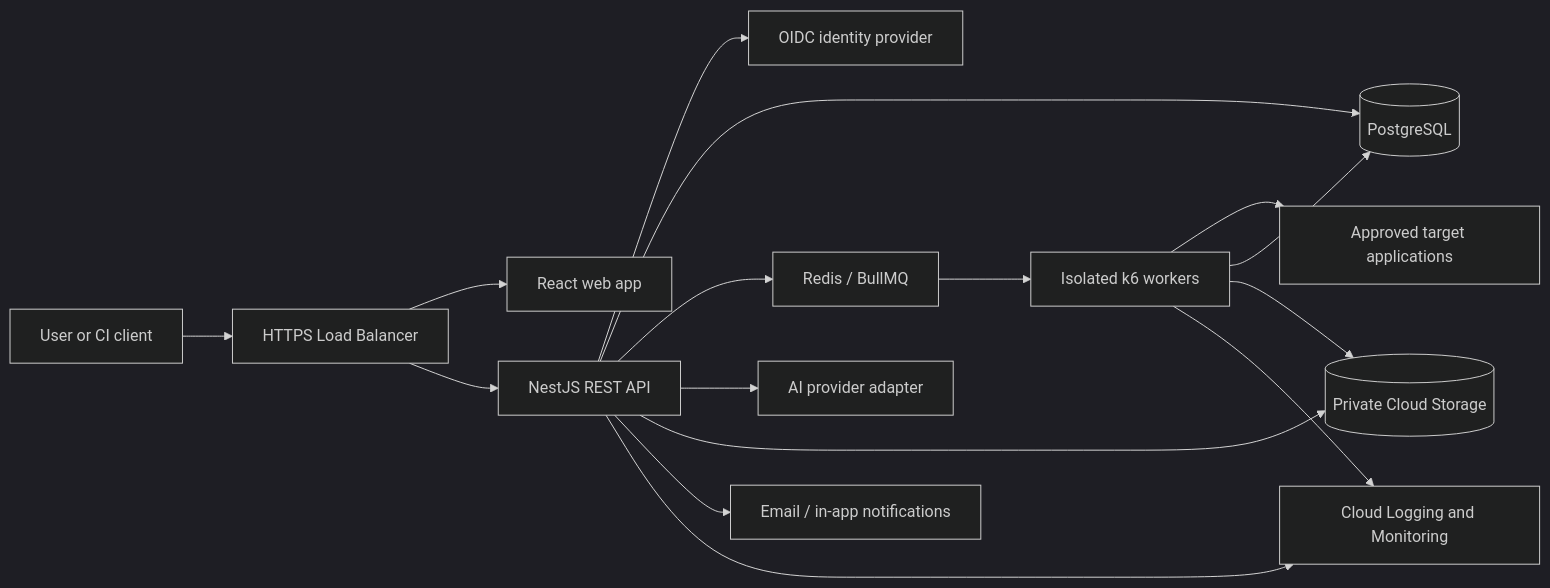
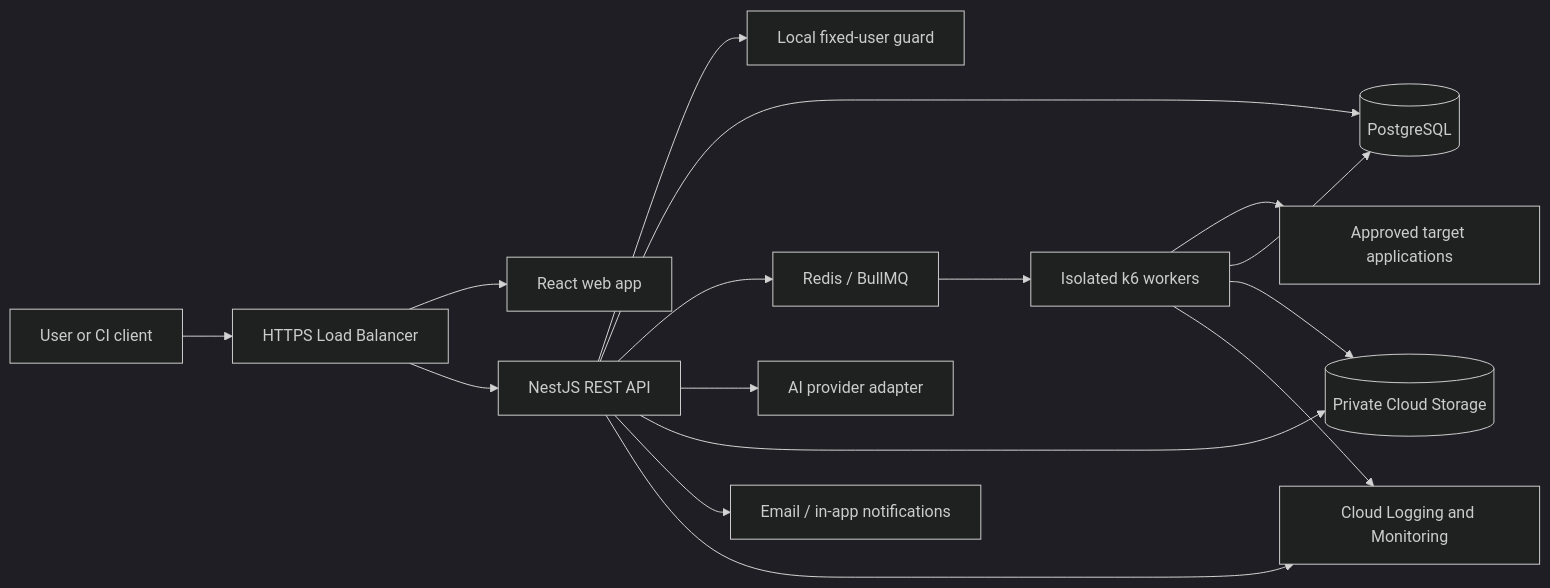
One commit to leeladhanabal/GenAIProject changed the first of 3 diagrams in Architecture.md. Above: the diagram before and after it, drawn with Mermaid (dark theme). The commit also changed other lines of this file and 84 other files, not shown here.

````diff
--- a/Architecture.md
+++ b/Architecture.md
@@ -89,18 +89,18 @@
 ```mermaid
 flowchart LR
   U[User or CI client] --> HTTPS[HTTPS Load Balancer]
   HTTPS --> WEB[React web app]
   HTTPS --> API[NestJS REST API]
-  API --> IDP[OIDC identity provider]
+  API --> IDP[Local fixed-user guard]
   API --> DB[(PostgreSQL)]
   API --> Q[Redis / BullMQ]
   Q --> W[Isolated k6 workers]
   W --> TARGET[Approved target applications]
   W --> DB
   API --> AI[AI provider adapter]
   API --> OBJ[(Private Cloud Storage)]
   W --> OBJ
   API --> NOTIFY[Email / in-app notifications]
   API --> OBS[Cloud Logging and Monitoring]
   W --> OBS
 ```
````
